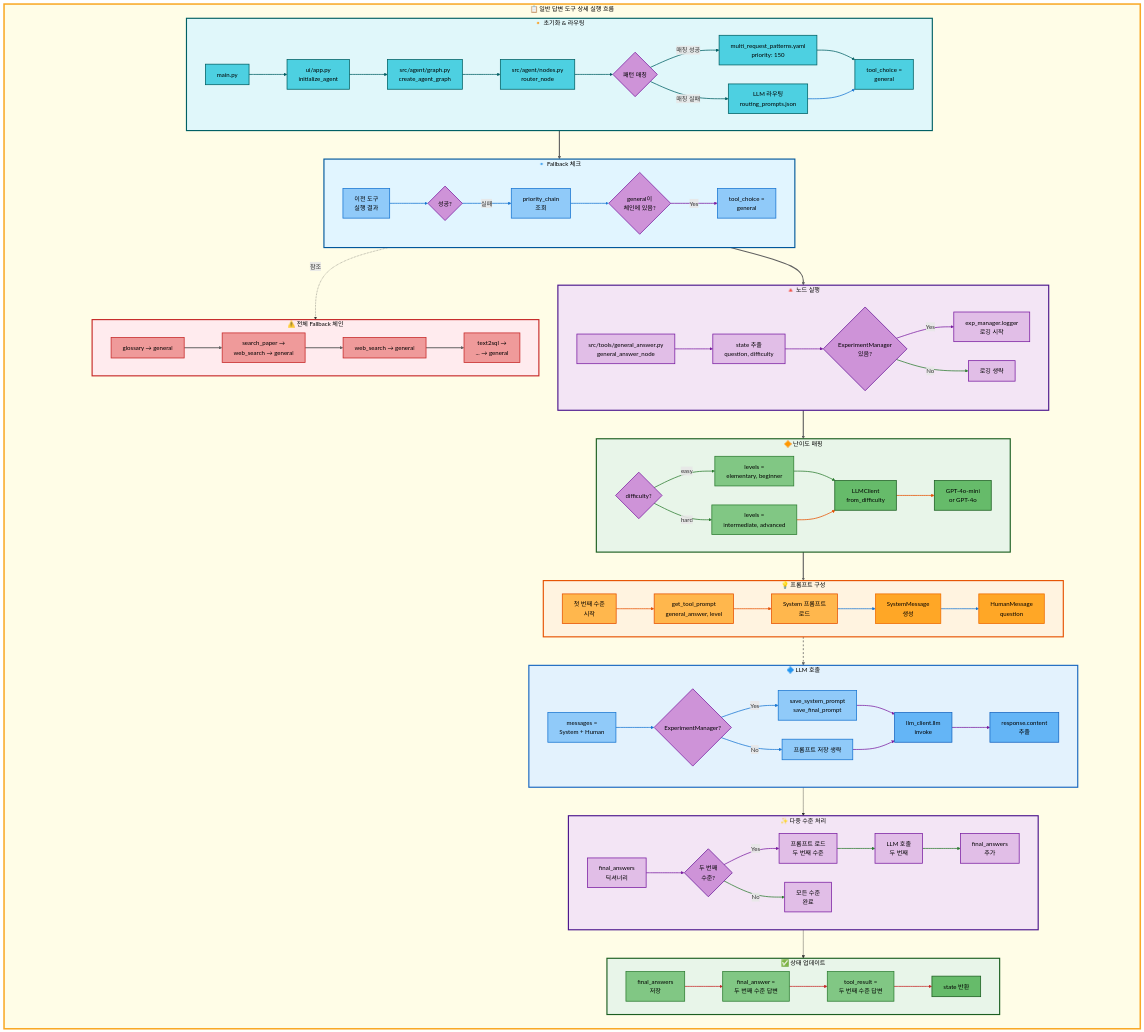
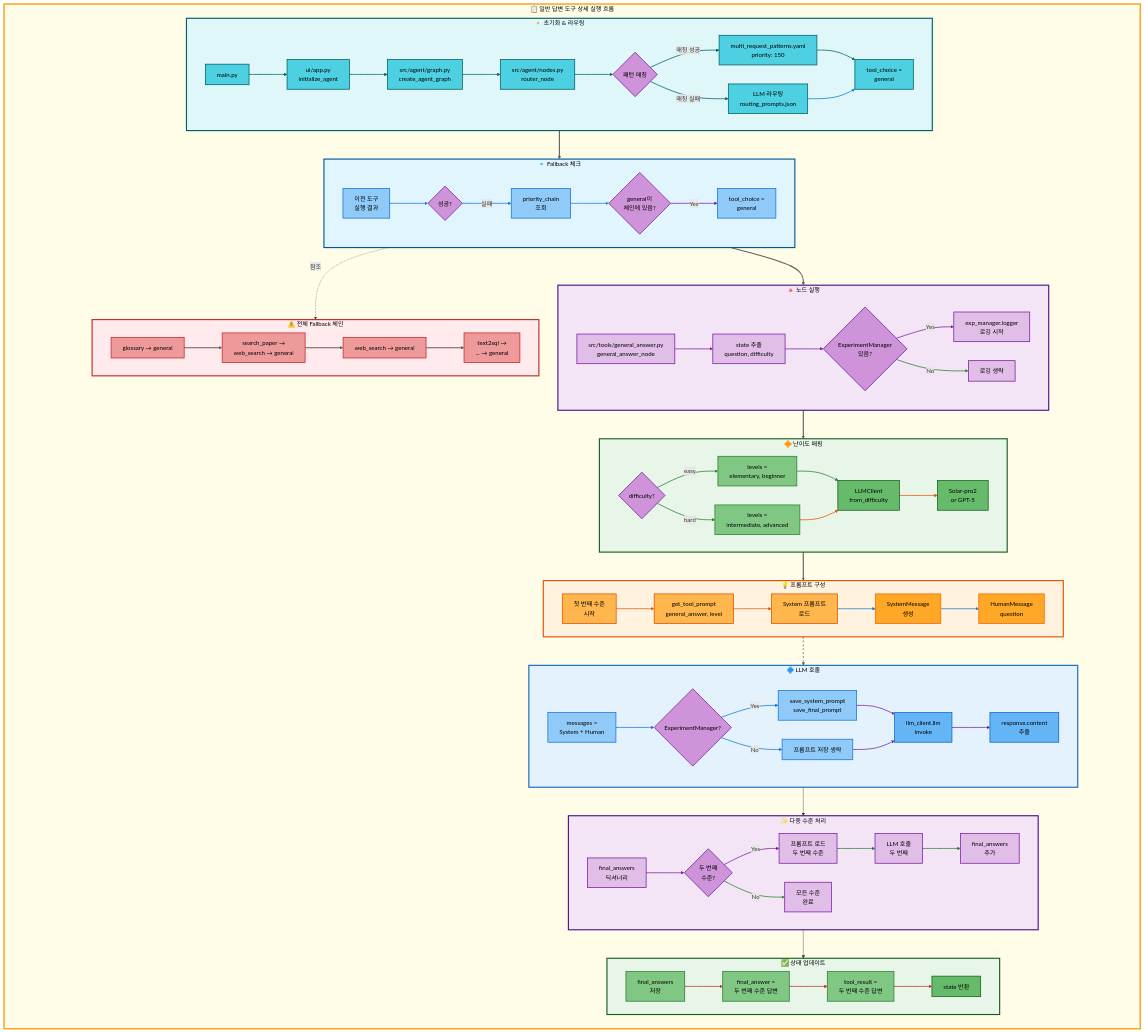
One commit to AIBootcamp14/langchainproject-new-langchainproject_5 changed the second of 2 diagrams in docs/architecture/single_request/07_일반_답변.md. Above: the diagram before and after it, drawn with Mermaid. The commit also changed other lines of this file, not shown here.

```diff
--- a/docs/architecture/single_request/07_일반_답변.md
+++ b/docs/architecture/single_request/07_일반_답변.md
@@ -404,7 +404,7 @@
             S -->|hard| U[levels =<br/>intermediate, advanced]
             T --> V[LLMClient<br/>from_difficulty]
             U --> V
-            V --> W[GPT-4o-mini<br/>or GPT-4o]
+            V --> W[Solar-pro2<br/>or GPT-5]
         end
 
         subgraph PromptLoad["💡 프롬프트 구성"]
```
